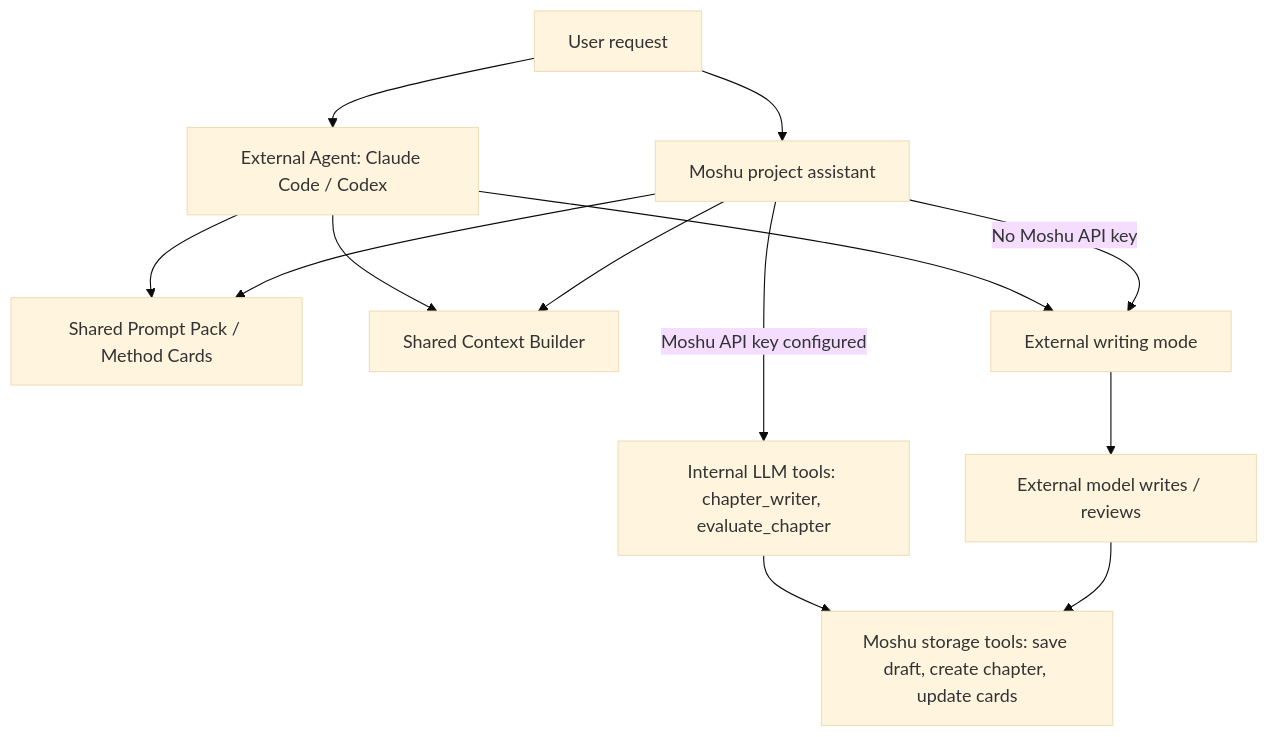
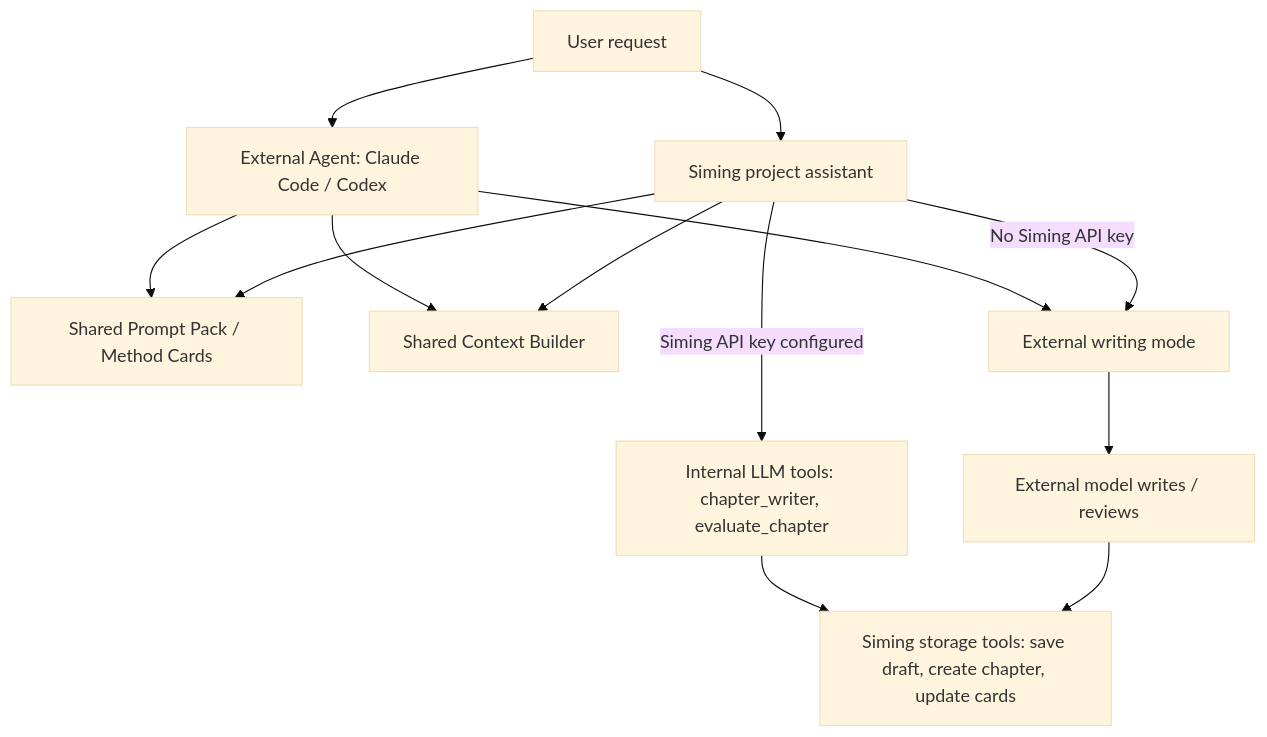
The diagram in docs/agent/novel-project-creation-task-board.md (teangtang1122/siming-ai), drawn with Mermaid (base theme) before and after one commit. The commit also changed other lines of this file and 112 other files, not shown here.

````diff
--- a/docs/agent/novel-project-creation-task-board.md
+++ b/docs/agent/novel-project-creation-task-board.md
@@ -34,19 +34,19 @@
 ```mermaid
 flowchart TD
-  U["User request"] --> A["Moshu project assistant"]
+  U["User request"] --> A["Siming project assistant"]
   U --> E["External Agent: Claude Code / Codex"]
 
   A --> P["Shared Prompt Pack / Method Cards"]
   E --> P
 
   A --> C["Shared Context Builder"]
   E --> C
 
-  A -->|Moshu API key configured| IW["Internal LLM tools: chapter_writer, evaluate_chapter"]
-  A -->|No Moshu API key| EW["External writing mode"]
+  A -->|Siming API key configured| IW["Internal LLM tools: chapter_writer, evaluate_chapter"]
+  A -->|No Siming API key| EW["External writing mode"]
   E --> EW
 
   EW --> X["External model writes / reviews"]
-  X --> S["Moshu storage tools: save draft, create chapter, update cards"]
+  X --> S["Siming storage tools: save draft, create chapter, update cards"]
   IW --> S
 ```
````
